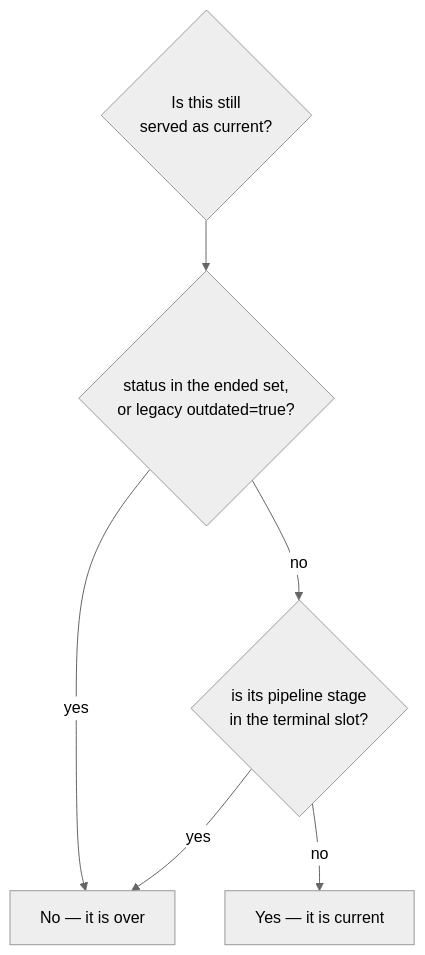
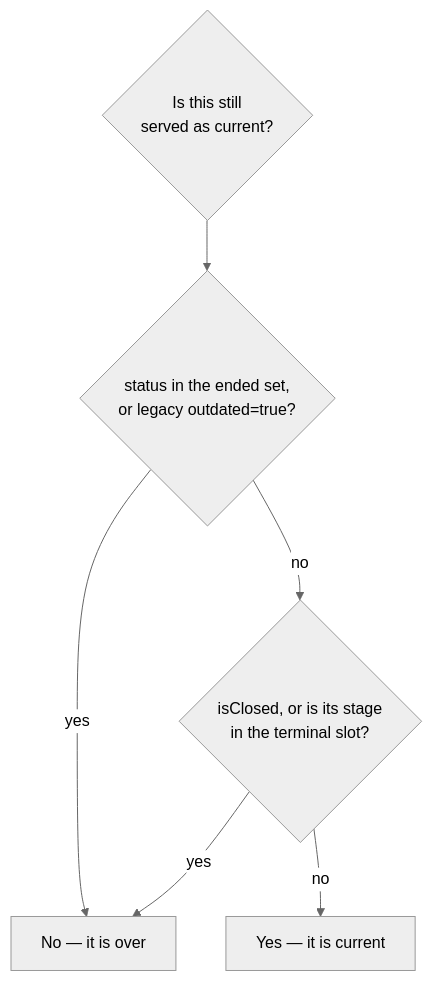
The third of 3 diagrams in docs/plans/2026-11-15-state-lifecycle-and-pipelines.md (daniel-ospina/tortoise), drawn with Mermaid (neutral theme) before and after one commit. The commit also changed other lines of this file, not shown here.

First line of the commit message:
docs(11824): the reader rule must read isClosed, not just the terminal slot (P0)

````diff
--- a/docs/plans/2026-11-15-state-lifecycle-and-pipelines.md
+++ b/docs/plans/2026-11-15-state-lifecycle-and-pipelines.md
@@ -177,9 +177,9 @@
 ```mermaid
 flowchart TD
     Q{Is this still<br/>served as current?}
     Q --> L{status in the ended set,<br/>or legacy outdated=true?}
     L -->|yes| NO[No — it is over]
-    L -->|no| P{is its pipeline stage<br/>in the terminal slot?}
+    L -->|no| P{isClosed, or is its stage<br/>in the terminal slot?}
     P -->|yes| NO
     P -->|no| YES[Yes — it is current]
 ```
````
